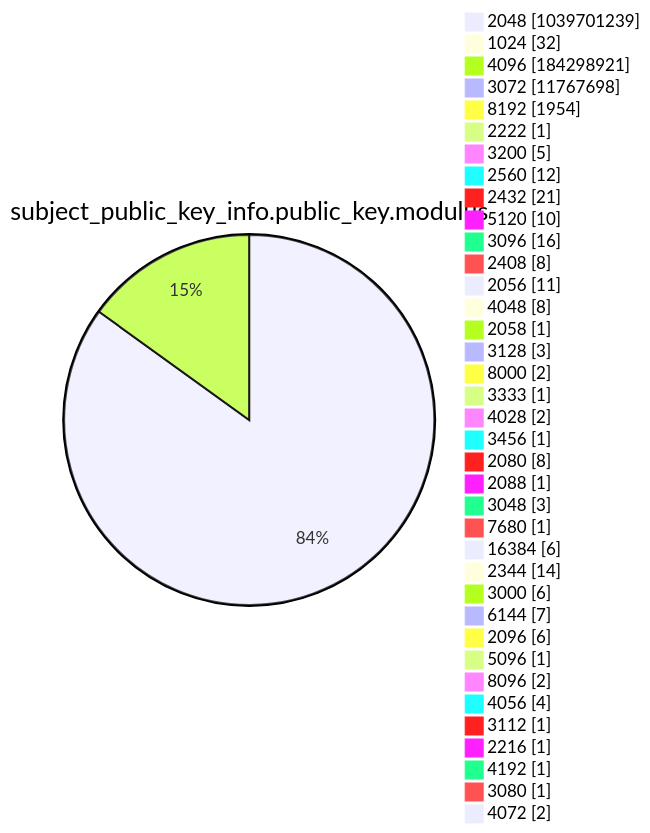
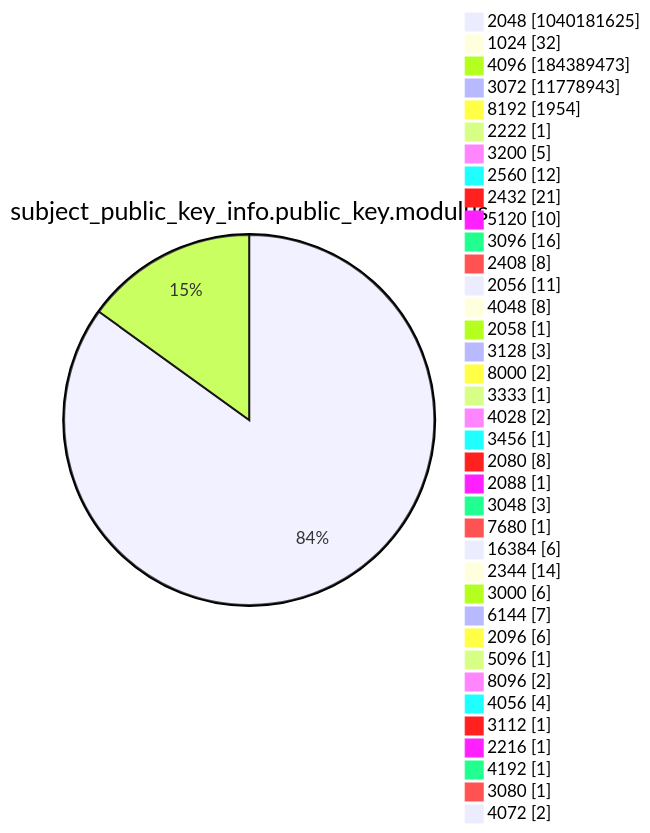
Before and after one commit to christiankrug/ctmonitor_visualization: diagram 13 of 15 in argon2022/README.md, drawn with Mermaid. The commit also changed other lines of this file, not shown here.

````diff
--- a/argon2022/README.md
+++ b/argon2022/README.md
@@ -3589,41 +3589,41 @@
 ```mermaid
 pie showData
 title subject_public_key_info.public_key.modulus
-"2048" :1039701239
+"2048" :1040181625
 "1024" :32
-"4096" :184298921
-"3072" :11767698
+"4096" :184389473
+"3072" :11778943
 "8192" :1954
 "2222" :1
 "3200" :5
 "2560" :12
 "2432" :21
 "5120" :10
 "3096" :16
 "2408" :8
 "2056" :11
 "4048" :8
 "2058" :1
 "3128" :3
 "8000" :2
 "3333" :1
 "4028" :2
 "3456" :1
 "2080" :8
 "2088" :1
 "3048" :3
 "7680" :1
 "16384" :6
 "2344" :14
 "3000" :6
 "6144" :7
 "2096" :6
 "5096" :1
 "8096" :2
 "4056" :4
 "3112" :1
 "2216" :1
 "4192" :1
 "3080" :1
 "4072" :2
 ```
````
